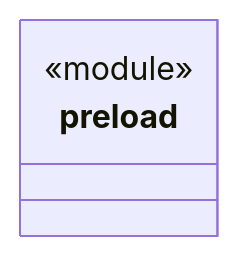
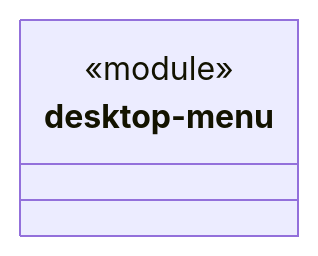
One commit to nan023062/cbim changed the diagram in src/bridge/preload/ARCHITECTURE.md. Above: the diagram before and after it, drawn with Mermaid. The commit also changed other lines of this file and 1438 other files, not shown here.

````diff
--- a/src/bridge/preload/ARCHITECTURE.md
+++ b/src/bridge/preload/ARCHITECTURE.md
@@ -21,7 +19,7 @@
 ```mermaid
 classDiagram
-class N_d2f8ac578407["preload"] {
+class N_a098268b1981["desktop-menu"] {
   <<module>>
 }
-click N_d2f8ac578407 href "preload.ts"
+click N_a098268b1981 href "desktop-menu.ts"
 ```
````
